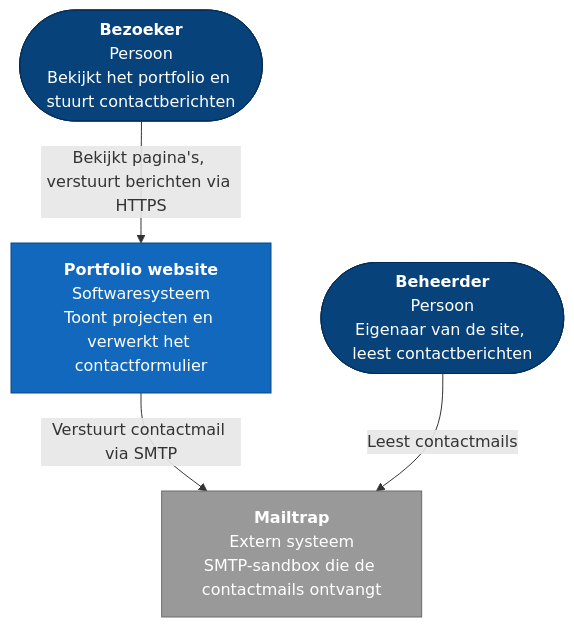
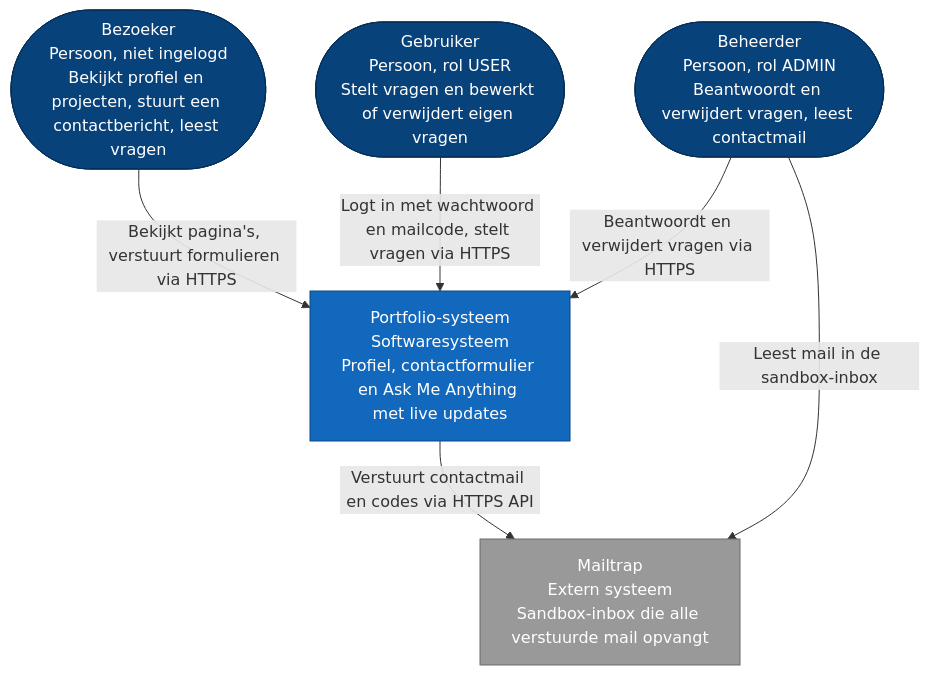
One commit to sebastiaankolmschateq42/portfolio changed the first of 9 diagrams in docs/technisch-ontwerp.md. Above: the diagram before and after it, drawn with Mermaid. The commit also changed other lines of this file and 2 other files, not shown here.

````diff
--- a/docs/technisch-ontwerp.md
+++ b/docs/technisch-ontwerp.md
@@ -75,16 +110,19 @@
 ```mermaid
 flowchart TB
-    bezoeker(["<b>Bezoeker</b><br/>Persoon<br/>Bekijkt het portfolio en stuurt contactberichten"])
-    beheerder(["<b>Beheerder</b><br/>Persoon<br/>Eigenaar van de site, leest contactberichten"])
-    website["<b>Portfolio website</b><br/>Softwaresysteem<br/>Toont projecten en verwerkt het contactformulier"]
-    mailtrap["<b>Mailtrap</b><br/>Extern systeem<br/>SMTP-sandbox die de contactmails ontvangt"]
-    bezoeker -- "Bekijkt pagina's, verstuurt berichten via HTTPS" --> website
-    website -- "Verstuurt contactmail via SMTP" --> mailtrap
-    beheerder -- "Leest contactmails" --> mailtrap
+    bezoeker(["Bezoeker<br/>Persoon, niet ingelogd<br/>Bekijkt profiel en projecten, stuurt een contactbericht, leest vragen"])
+    gebruiker(["Gebruiker<br/>Persoon, rol USER<br/>Stelt vragen en bewerkt of verwijdert eigen vragen"])
+    beheerder(["Beheerder<br/>Persoon, rol ADMIN<br/>Beantwoordt en verwijdert vragen, leest contactmail"])
+    systeem["Portfolio-systeem<br/>Softwaresysteem<br/>Profiel, contactformulier en Ask Me Anything met live updates"]
+    mailtrap["Mailtrap<br/>Extern systeem<br/>Sandbox-inbox die alle verstuurde mail opvangt"]
+    bezoeker -- "Bekijkt pagina's, verstuurt formulieren via HTTPS" --> systeem
+    gebruiker -- "Logt in met wachtwoord en mailcode, stelt vragen via HTTPS" --> systeem
+    beheerder -- "Beantwoordt en verwijdert vragen via HTTPS" --> systeem
+    systeem -- "Verstuurt contactmail en codes via HTTPS API" --> mailtrap
+    beheerder -- "Leest mail in de sandbox-inbox" --> mailtrap
     classDef person fill:#08427b,stroke:#052e56,color:#fff
     classDef system fill:#1168bd,stroke:#0b4884,color:#fff
     classDef external fill:#999999,stroke:#6b6b6b,color:#fff
-    class bezoeker,beheerder person
-    class website system
+    class bezoeker,gebruiker,beheerder person
+    class systeem system
     class mailtrap external
 ```
````
